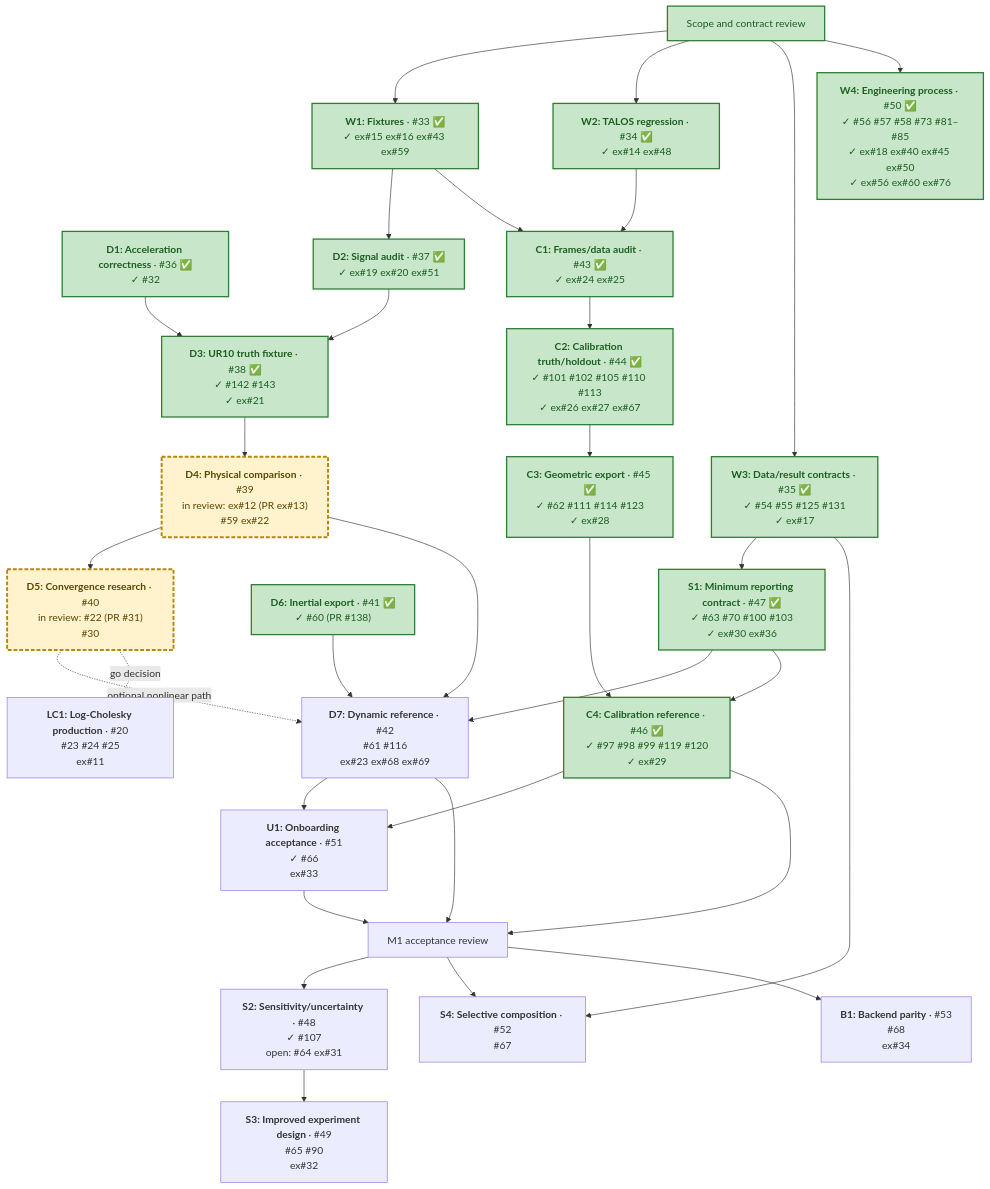
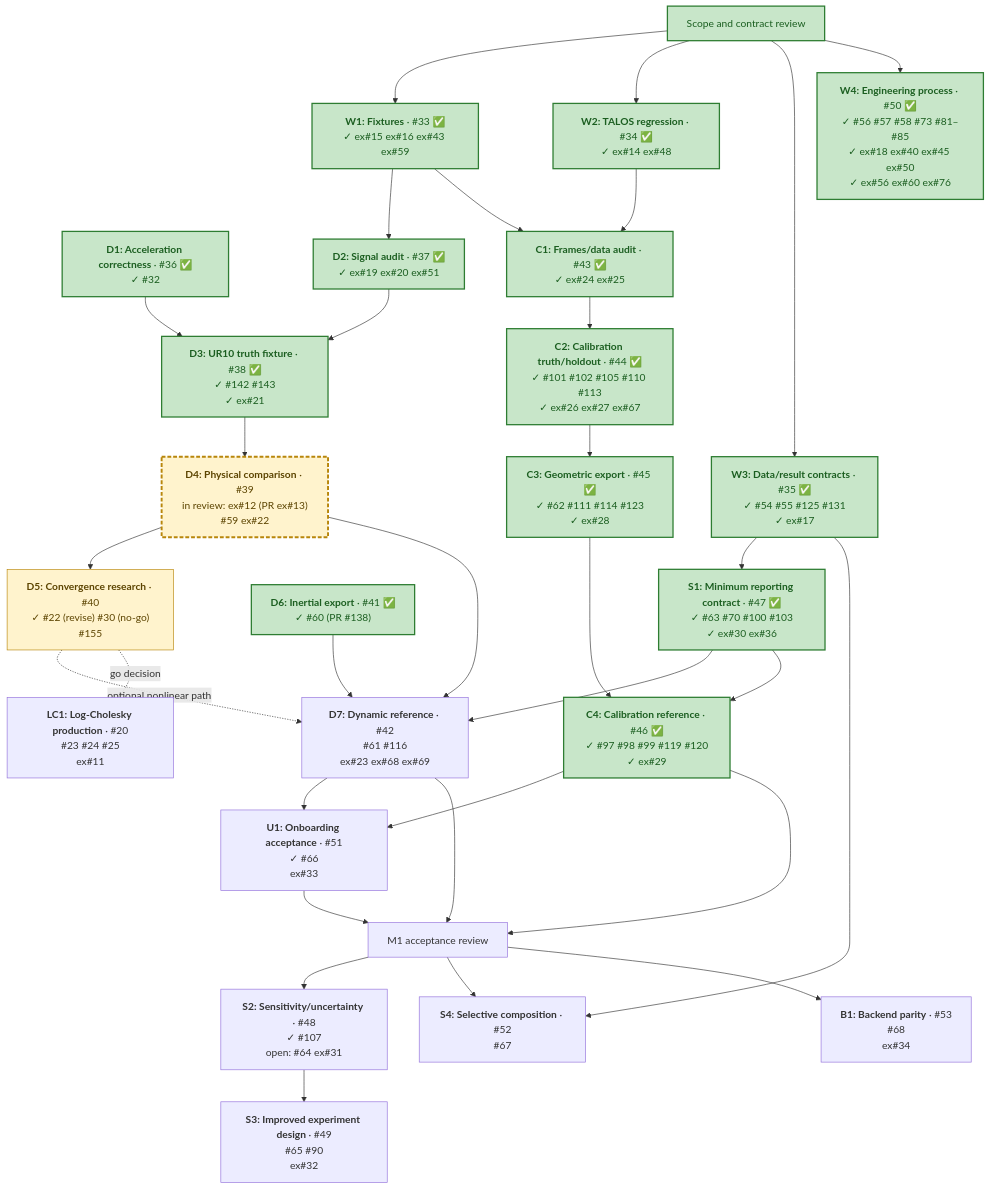
Before and after one commit to thanhndv212/figaroh-plus: the diagram in docs/plans/identification-calibration-delivery.md, drawn with Mermaid. The commit also changed other lines of this file and 1 other file, not shown here.

````diff
--- a/docs/plans/identification-calibration-delivery.md
+++ b/docs/plans/identification-calibration-delivery.md
@@ -77,66 +77,66 @@
 ```mermaid
 flowchart TD
     R["Scope and contract review"]
     W1["<b>W1: Fixtures</b> · #33 ✅<br/>✓ ex#15 ex#16 ex#43 ex#59"]
     W2["<b>W2: TALOS regression</b> · #34 ✅<br/>✓ ex#14 ex#48"]
     W3["<b>W3: Data/result contracts</b> · #35 ✅<br/>✓ #54 #55 #125 #131<br/>✓ ex#17"]
     W4["<b>W4: Engineering process</b> · #50 ✅<br/>✓ #56 #57 #58 #73 #81–#85<br/>✓ ex#18 ex#40 ex#45 ex#50<br/>✓ ex#56 ex#60 ex#76"]
     D1["<b>D1: Acceleration correctness</b> · #36 ✅<br/>✓ #32"]
     D2["<b>D2: Signal audit</b> · #37 ✅<br/>✓ ex#19 ex#20 ex#51"]
     D3["<b>D3: UR10 truth fixture</b> · #38 ✅<br/>✓ #142 #143<br/>✓ ex#21"]
     D4["<b>D4: Physical comparison</b> · #39<br/>in review: ex#12 (PR ex#13)<br/>#59 ex#22"]
-    D5["<b>D5: Convergence research</b> · #40<br/>in review: #22 (PR #31)<br/>#30"]
+    D5["<b>D5: Convergence research</b> · #40<br/>✓ #22 (revise) #30 (no-go)<br/>#155"]
     D6["<b>D6: Inertial export</b> · #41 ✅<br/>✓ #60 (PR #138)"]
     D7["<b>D7: Dynamic reference</b> · #42<br/>#61 #116<br/>ex#23 ex#68 ex#69"]
     C1["<b>C1: Frames/data audit</b> · #43 ✅<br/>✓ ex#24 ex#25"]
     C2["<b>C2: Calibration truth/holdout</b> · #44 ✅<br/>✓ #101 #102 #105 #110 #113<br/>✓ ex#26 ex#27 ex#67"]
     C3["<b>C3: Geometric export</b> · #45 ✅<br/>✓ #62 #111 #114 #123<br/>✓ ex#28"]
     C4["<b>C4: Calibration reference</b> · #46 ✅<br/>✓ #97 #98 #99 #119 #120<br/>✓ ex#29"]
     S1["<b>S1: Minimum reporting contract</b> · #47 ✅<br/>✓ #63 #70 #100 #103<br/>✓ ex#30 ex#36"]
     U1["<b>U1: Onboarding acceptance</b> · #51<br/>✓ #66<br/>ex#33"]
     A["M1 acceptance review"]
     S2["<b>S2: Sensitivity/uncertainty</b> · #48<br/>✓ #107<br/>open: #64 ex#31"]
     S3["<b>S3: Improved experiment design</b> · #49<br/>#65 #90<br/>ex#32"]
     S4["<b>S4: Selective composition</b> · #52<br/>#67"]
     B1["<b>B1: Backend parity</b> · #53<br/>#68<br/>ex#34"]
     LC1["<b>LC1: Log-Cholesky production</b> · #20<br/>#23 #24 #25<br/>ex#11"]
 
     R --> W1
     R --> W2
     R --> W3
     R --> W4
     W1 --> D2
     D1 --> D3
     D2 --> D3
     D3 --> D4
     D4 --> D5
     D6 --> D7
     D4 --> D7
     D5 -. optional nonlinear path .-> D7
     D5 -. go decision .-> LC1
     W1 --> C1
     W2 --> C1
     C1 --> C2
     C2 --> C3
     C3 --> C4
     W3 --> S1
     S1 --> D7
     S1 --> C4
     D7 --> U1
     C4 --> U1
     D7 --> A
     C4 --> A
     U1 --> A
     A --> S2
     S2 --> S3
     A --> S4
     W3 --> S4
     A --> B1
 
     classDef cleared fill:#c8e6c9,stroke:#2e7d32,stroke-width:2px,color:#1b5e20
     classDef ready fill:#fff3cd,stroke:#b8860b,color:#5c4400
     class R,W1,W2,W3,W4,D1,D2,C1,C2,C3,S1,D6,C4,D3 cleared
     class D4,D5 ready
-    class D4,D5 active
+    class D4 active
     classDef active fill:#fff3cd,stroke:#b8860b,stroke-width:3px,stroke-dasharray:6 3,color:#5c4400
 ```
````
